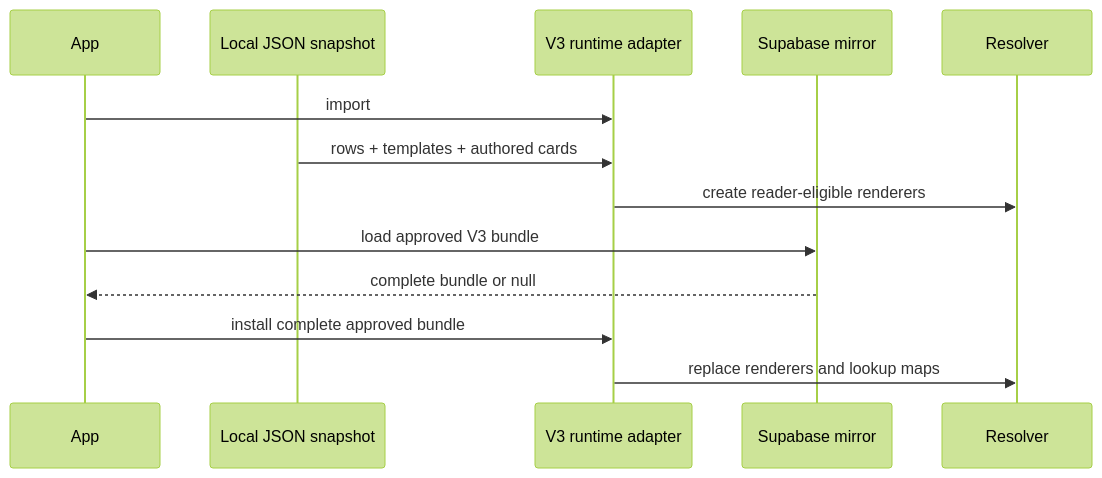
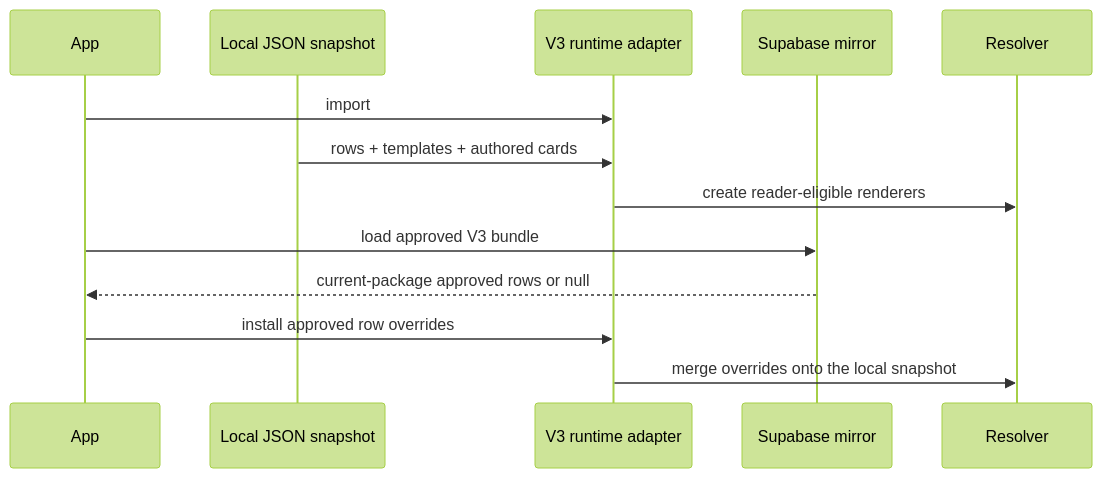
The second of 3 diagrams in docs/content-management/ARCHITECTURE.md (usrnmtkn/astrology-portal), drawn with Mermaid (forest theme) before and after one commit. The commit also changed other lines of this file and 19 other files, not shown here.

````diff
--- a/docs/content-management/ARCHITECTURE.md
+++ b/docs/content-management/ARCHITECTURE.md
@@ -272,16 +272,16 @@
 ```mermaid
 sequenceDiagram
   participant App
   participant Snapshot as Local JSON snapshot
   participant Runtime as V3 runtime adapter
   participant Dashboard as Supabase mirror
   participant Resolver
 
   App->>Runtime: import
   Snapshot->>Runtime: rows + templates + authored cards
   Runtime->>Resolver: create reader-eligible renderers
   App->>Dashboard: load approved V3 bundle
-  Dashboard-->>App: complete bundle or null
-  App->>Runtime: install complete approved bundle
-  Runtime->>Resolver: replace renderers and lookup maps
+  Dashboard-->>App: current-package approved rows or null
+  App->>Runtime: install approved row overrides
+  Runtime->>Resolver: merge overrides onto the local snapshot
 ```
````
